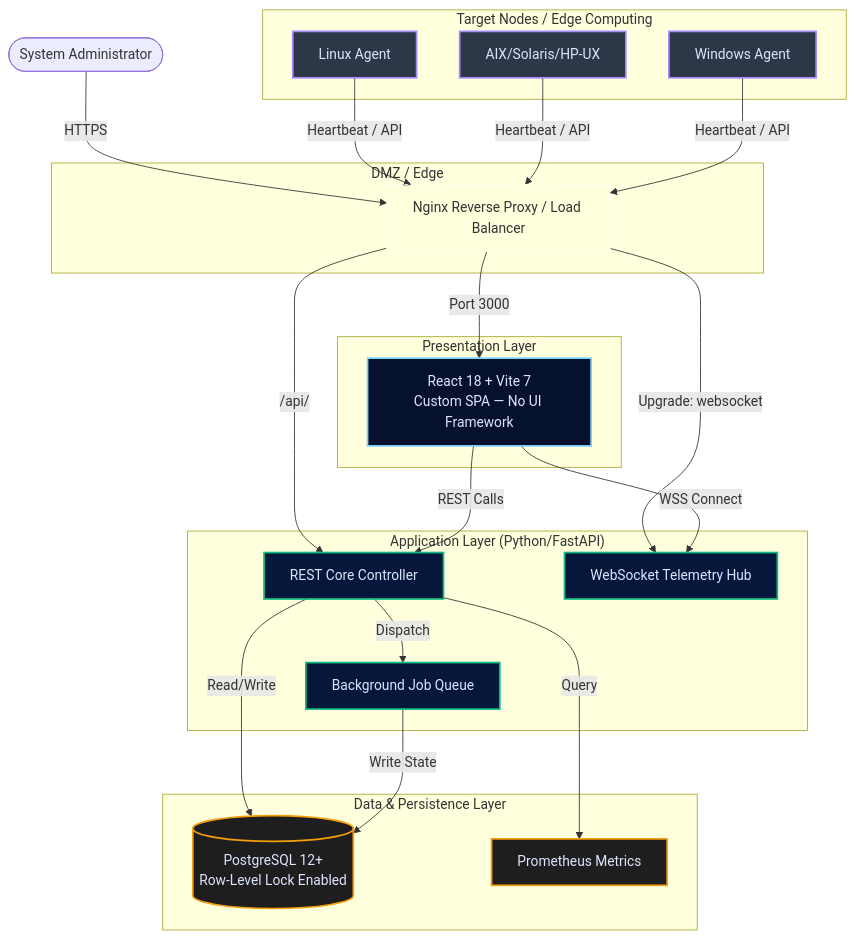
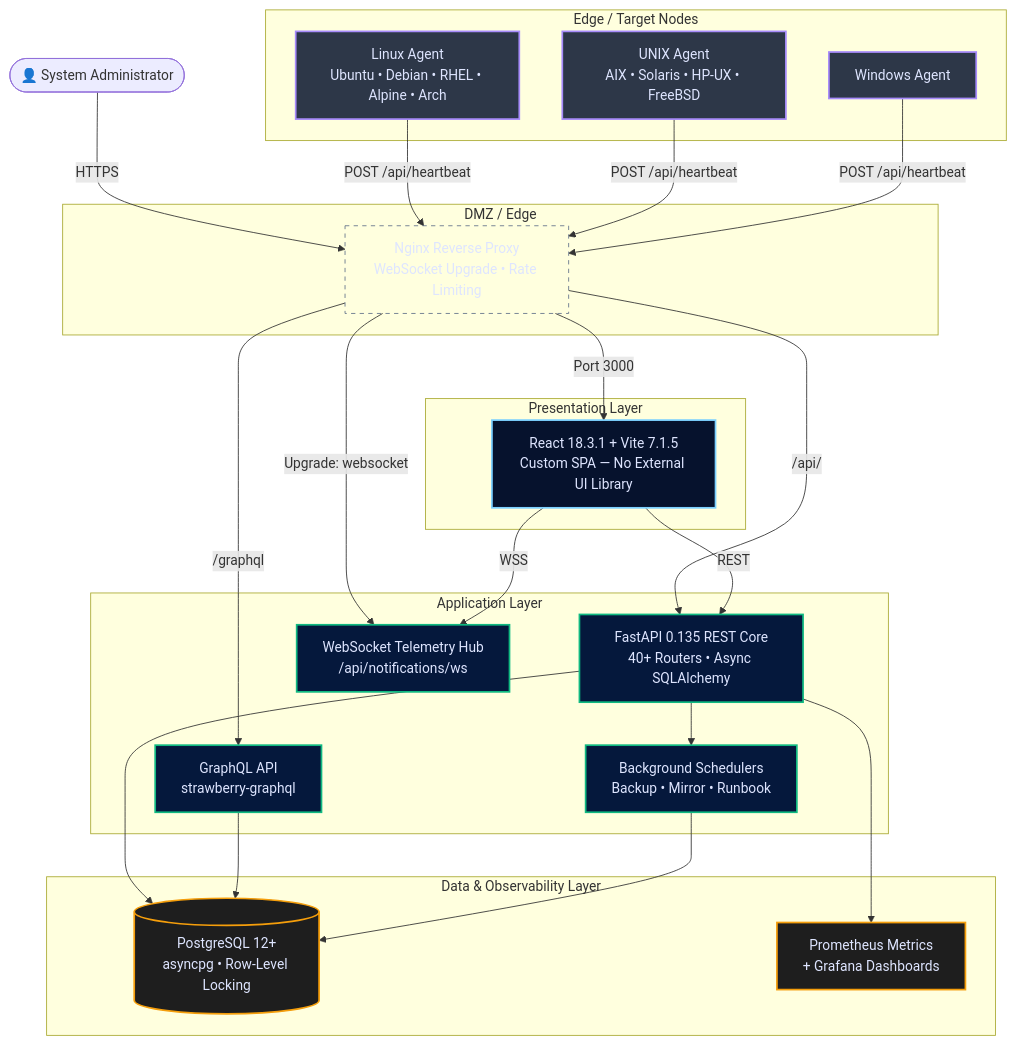
One commit to patchmastertool-ai/patchmaster changed the first of 2 diagrams in README.md. Above: the diagram before and after it, drawn with Mermaid. The commit also changed other lines of this file, not shown here.

````diff
--- a/README.md
+++ b/README.md
@@ -31,55 +40,55 @@
 ```mermaid
 graph TD
-    %% Define styles
     classDef frontend fill:#06122d,stroke:#7bd0ff,stroke-width:2px,color:#dee5ff;
     classDef backend fill:#05183c,stroke:#10b981,stroke-width:2px,color:#dee5ff;
     classDef db fill:#1e1e1e,stroke:#f59e0b,stroke-width:2px,color:#dee5ff;
     classDef agent fill:#2d3748,stroke:#a78bfa,stroke-width:2px,color:#dee5ff;
-    classDef network fill:none,stroke:#fff,stroke-dasharray: 5 5;
-    
-    %% Nodes
-    User([System Administrator])
-    
+    classDef edge fill:none,stroke:#64748b,stroke-dasharray:5 5,color:#dee5ff;
+
+    User(["👤 System Administrator"])
+
     subgraph "DMZ / Edge"
-        Nginx[Nginx Reverse Proxy / Load Balancer]:::network
+        Nginx["Nginx Reverse Proxy<br/>WebSocket Upgrade • Rate Limiting"]:::edge
     end
-    
+
     subgraph "Presentation Layer"
-        SPA[React 18 + Vite 7<br/>Custom SPA — No UI Framework]:::frontend
+        SPA["React 18.3.1 + Vite 7.1.5<br/>Custom SPA — No External UI Library"]:::frontend
     end
-    
-    subgraph "Application Layer (Python/FastAPI)"
-        API[REST Core Controller]:::backend
-        WS[WebSocket Telemetry Hub]:::backend
-        Tasks[Background Job Queue]:::backend
+
+    subgraph "Application Layer"
+        API["FastAPI 0.135 REST Core<br/>40+ Routers • Async SQLAlchemy"]:::backend
+        WS["WebSocket Telemetry Hub<br/>/api/notifications/ws"]:::backend
+        GQL["GraphQL API<br/>strawberry-graphql"]:::backend
+        BG["Background Schedulers<br/>Backup • Mirror • Runbook"]:::backend
     end
-    
-    subgraph "Data & Persistence Layer"
-        Postgres[(PostgreSQL 12+<br/>Row-Level Lock Enabled)]:::db
-        Prometheus[Prometheus Metrics]:::db
+
+    subgraph "Data & Observability Layer"
+        Postgres[("PostgreSQL 12+<br/>asyncpg • Row-Level Locking")]:::db
+        Prometheus["Prometheus Metrics<br/>+ Grafana Dashboards"]:::db
     end
-    
-    subgraph "Target Nodes / Edge Computing"
-        Linux[Linux Agent]:::agent
-        Unix[AIX/Solaris/HP-UX]:::agent
-        Win[Windows Agent]:::agent
+
+    subgraph "Edge / Target Nodes"
+        Linux["Linux Agent<br/>Ubuntu • Debian • RHEL • Alpine • Arch"]:::agent
+        Unix["UNIX Agent<br/>AIX • Solaris • HP-UX • FreeBSD"]:::agent
+        Win["Windows Agent"]:::agent
     end
-    
-    %% Relationships
+
     User -- HTTPS --> Nginx
     Nginx -- Port 3000 --> SPA
     Nginx -- /api/ --> API
     Nginx -- Upgrade: websocket --> WS
-    
-    SPA -- REST Calls --> API
-    SPA -- WSS Connect --> WS
-    
-    API -- Read/Write --> Postgres
-    API -- Dispatch --> Tasks
-    API -- Query --> Prometheus
-    Tasks -- Write State --> Postgres
-    
-    Linux -- Heartbeat / API --> Nginx
-    Unix -- Heartbeat / API --> Nginx
-    Win -- Heartbeat / API --> Nginx
+    Nginx -- /graphql --> GQL
+
+    SPA -- REST --> API
+    SPA -- WSS --> WS
+
+    API --> Postgres
+    API --> BG
+    API --> Prometheus
+    GQL --> Postgres
+    BG --> Postgres
+
+    Linux -- POST /api/heartbeat --> Nginx
+    Unix -- POST /api/heartbeat --> Nginx
+    Win -- POST /api/heartbeat --> Nginx
 ```
````
